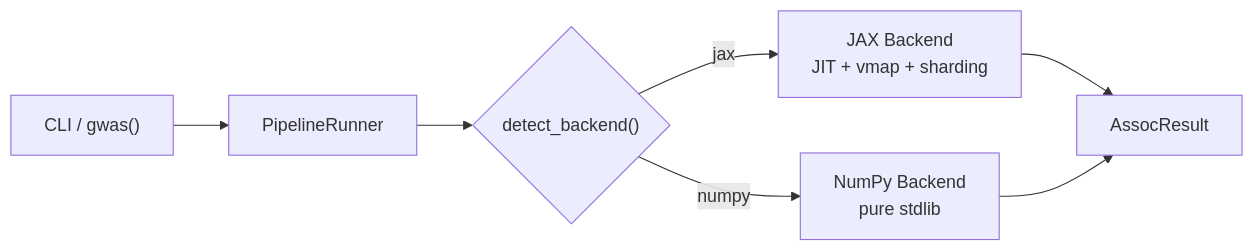
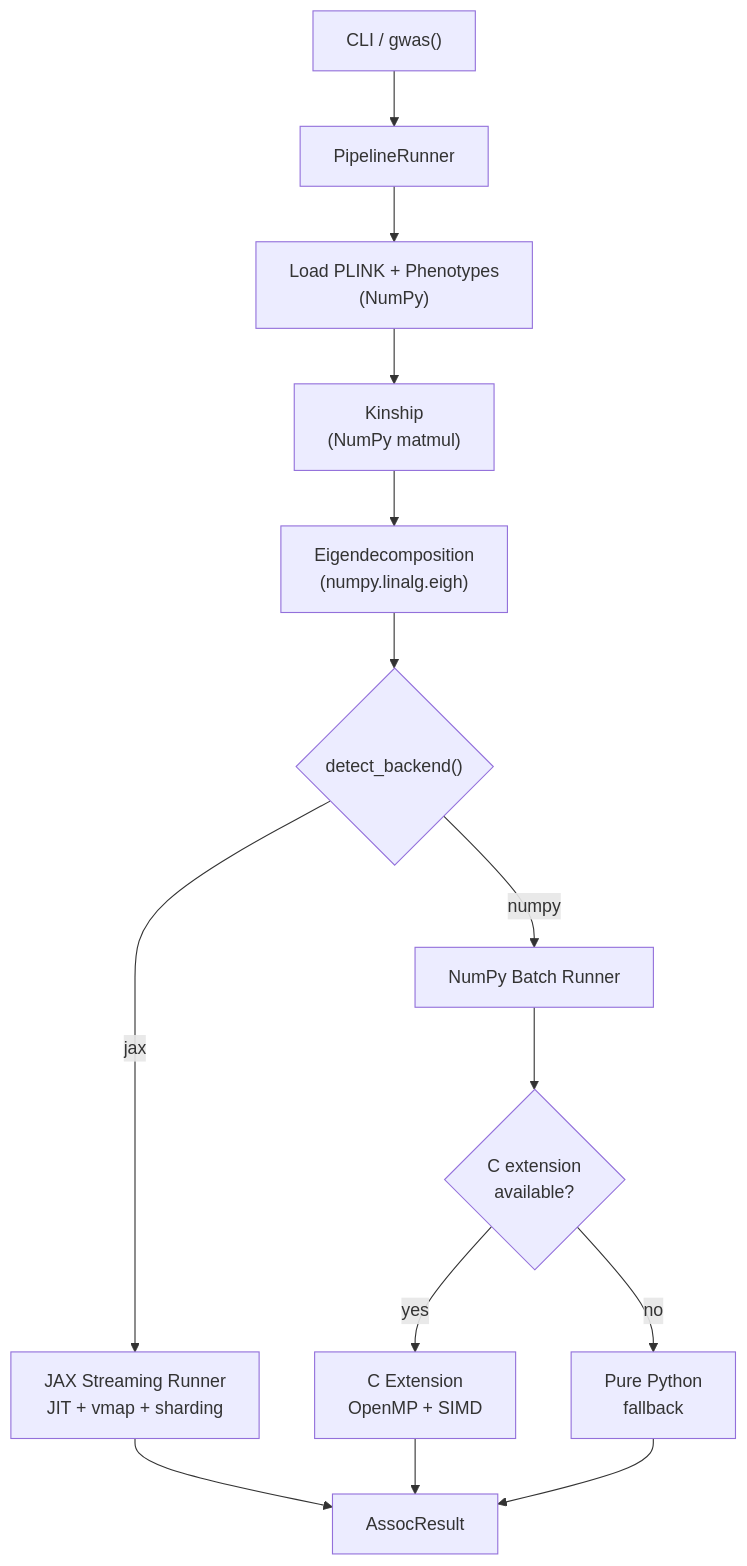
Before and after one commit to michael-denyer/jamma: the diagram in README.md, drawn with Mermaid. The commit also changed other lines of this file, not shown here.

Commit message:
docs: fix architecture diagram to show actual pipeline flow
Kinship and eigendecomp are always NumPy — backend split only
happens at LMM. Added C extension with OpenMP/SIMD under NumPy
runner with pure Python fallback path.

````diff
--- a/README.md
+++ b/README.md
@@ -273,9 +273,16 @@
 ```mermaid
-flowchart LR
+flowchart TD
     CLI["CLI / gwas()"] --> PIPE["PipelineRunner"]
-    PIPE --> DET{"detect_backend()"}
-    DET -->|"jax"| JAX["JAX Backend<br>JIT + vmap + sharding"]
-    DET -->|"numpy"| NP["NumPy Backend<br>pure stdlib"]
+    PIPE --> LOAD["Load PLINK + Phenotypes<br>(NumPy)"]
+    LOAD --> KIN["Kinship<br>(NumPy matmul)"]
+    KIN --> EIG["Eigendecomposition<br>(numpy.linalg.eigh)"]
+    EIG --> DET{"detect_backend()"}
+    DET -->|"jax"| JAX["JAX Streaming Runner<br>JIT + vmap + sharding"]
+    DET -->|"numpy"| NP["NumPy Batch Runner"]
+    NP --> CEXT{"C extension<br>available?"}
+    CEXT -->|yes| C["C Extension<br>OpenMP + SIMD"]
+    CEXT -->|no| PY["Pure Python<br>fallback"]
     JAX --> RES["AssocResult"]
-    NP --> RES
+    C --> RES
+    PY --> RES
 ```
````
